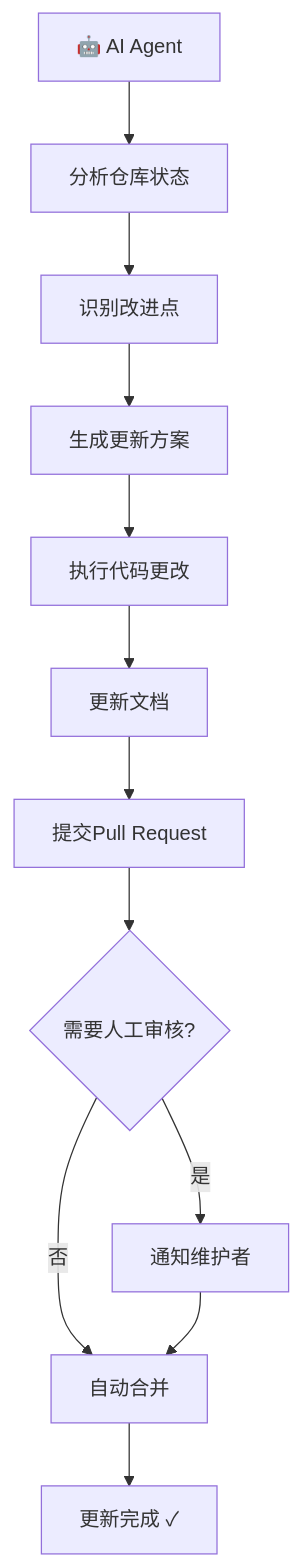
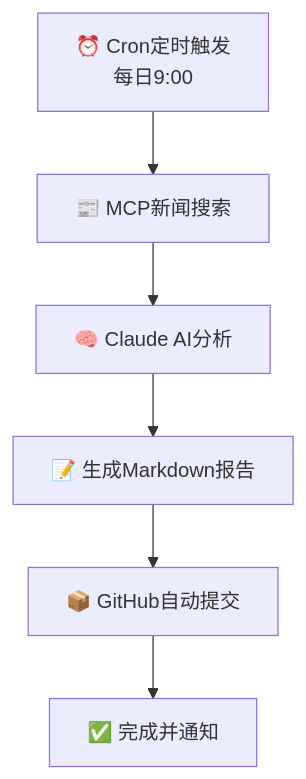
The diagram in README.md (WolfMoss/AI-Maintained-Repository), drawn with Mermaid before and after one commit. The commit also changed other lines of this file, not shown here.

````diff
--- a/README.md
+++ b/README.md
@@ -66,14 +217,8 @@
 ```mermaid
 graph TD
-    A[🤖 AI Agent] --> B[分析仓库状态]
-    B --> C[识别改进点]
-    C --> D[生成更新方案]
-    D --> E[执行代码更改]
-    E --> F[更新文档]
-    F --> G[提交Pull Request]
-    G --> H{需要人工审核?}
-    H -->|是| I[通知维护者]
-    H -->|否| J[自动合并]
-    I --> J
-    J --> K[更新完成 ✓]
+    A[⏰ Cron定时触发<br/>每日9:00] --> B[📰 MCP新闻搜索]
+    B --> C[🧠 Claude AI分析]
+    C --> D[📝 生成Markdown报告]
+    D --> E[📦 GitHub自动提交]
+    E --> F[✅ 完成并通知]
 ```
````
